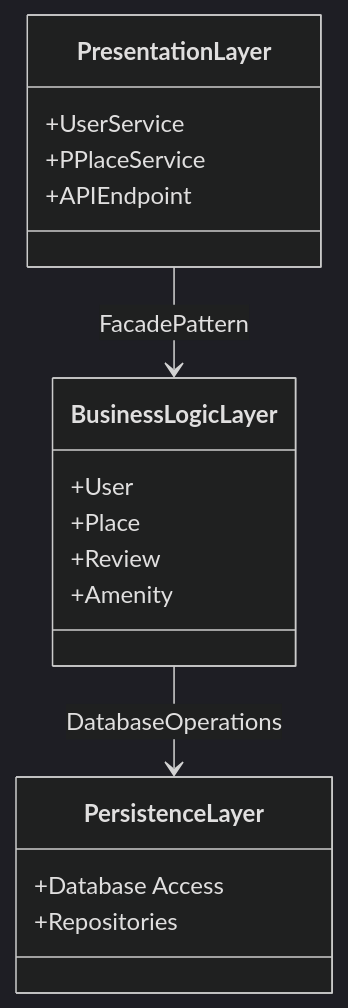
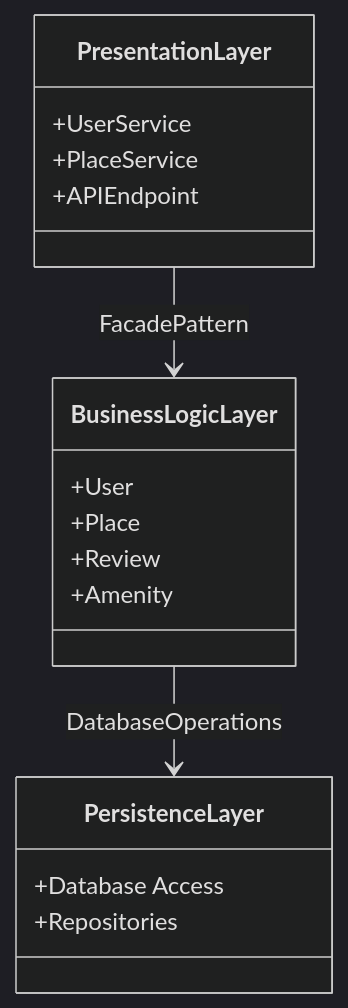
The diagram in task_0.md (LEROY-Yanis/holbertonschool-hbnb), drawn with Mermaid (dark theme) before and after one commit.

Commit message:
Fix class name in PresentationLayer diagram

````diff
--- a/task_0.md
+++ b/task_0.md
@@ -1,23 +1,23 @@
 ```mermaid
 classDiagram
     class PresentationLayer {
       +UserService
-      +PPlaceService
+      +PlaceService
       +APIEndpoint
     }
     
     class BusinessLogicLayer {
       +User
       +Place
       +Review
       +Amenity
     }
     
     class PersistenceLayer {
       +Database Access
       +Repositories
     }
     
     PresentationLayer --> BusinessLogicLayer : FacadePattern
     BusinessLogicLayer --> PersistenceLayer : DatabaseOperations
 ```
````
